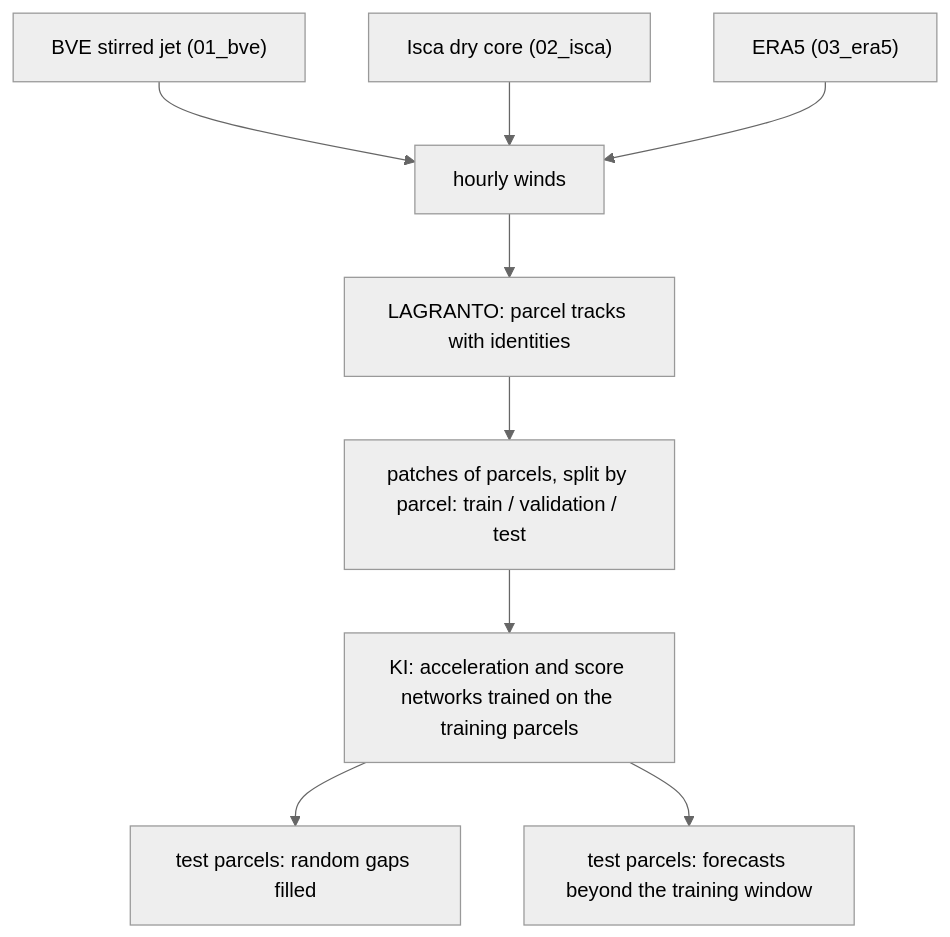
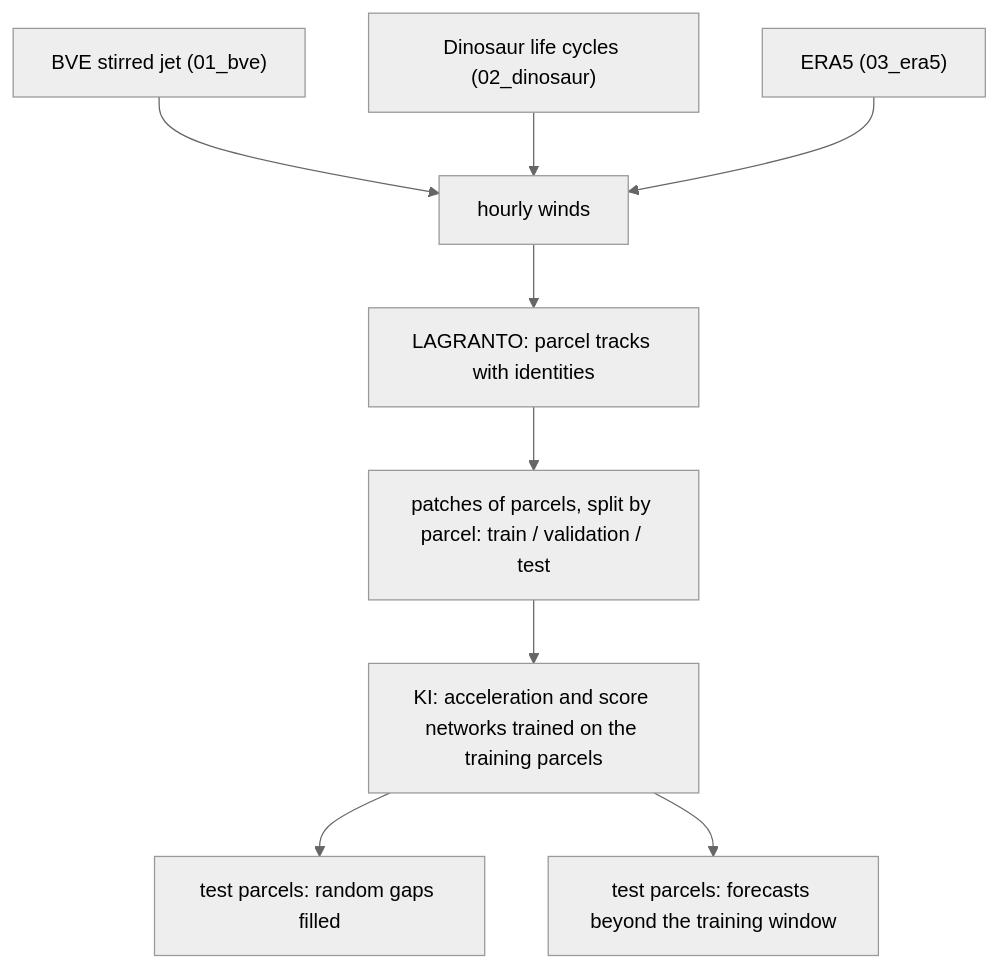
One commit to yanxingjianken/ki-lagrangian-tracks changed the diagram in README.md. Above: the diagram before and after it, drawn with Mermaid (neutral theme). The commit also changed other lines of this file and 23 other files, not shown here.

````diff
--- a/README.md
+++ b/README.md
@@ -18,11 +18,11 @@
 ```mermaid
 graph TD
     M1["BVE stirred jet (01_bve)"] --> W["hourly winds"]
-    M2["Isca dry core (02_isca)"] --> W
+    M2["Dinosaur life cycles (02_dinosaur)"] --> W
     M3["ERA5 (03_era5)"] --> W
     W --> L["LAGRANTO: parcel tracks with identities"]
     L --> S["patches of parcels, split by parcel: train / validation / test"]
     S --> K["KI: acceleration and score networks trained on the training parcels"]
     K --> G["test parcels: random gaps filled"]
     K --> F["test parcels: forecasts beyond the training window"]
 ```
````
